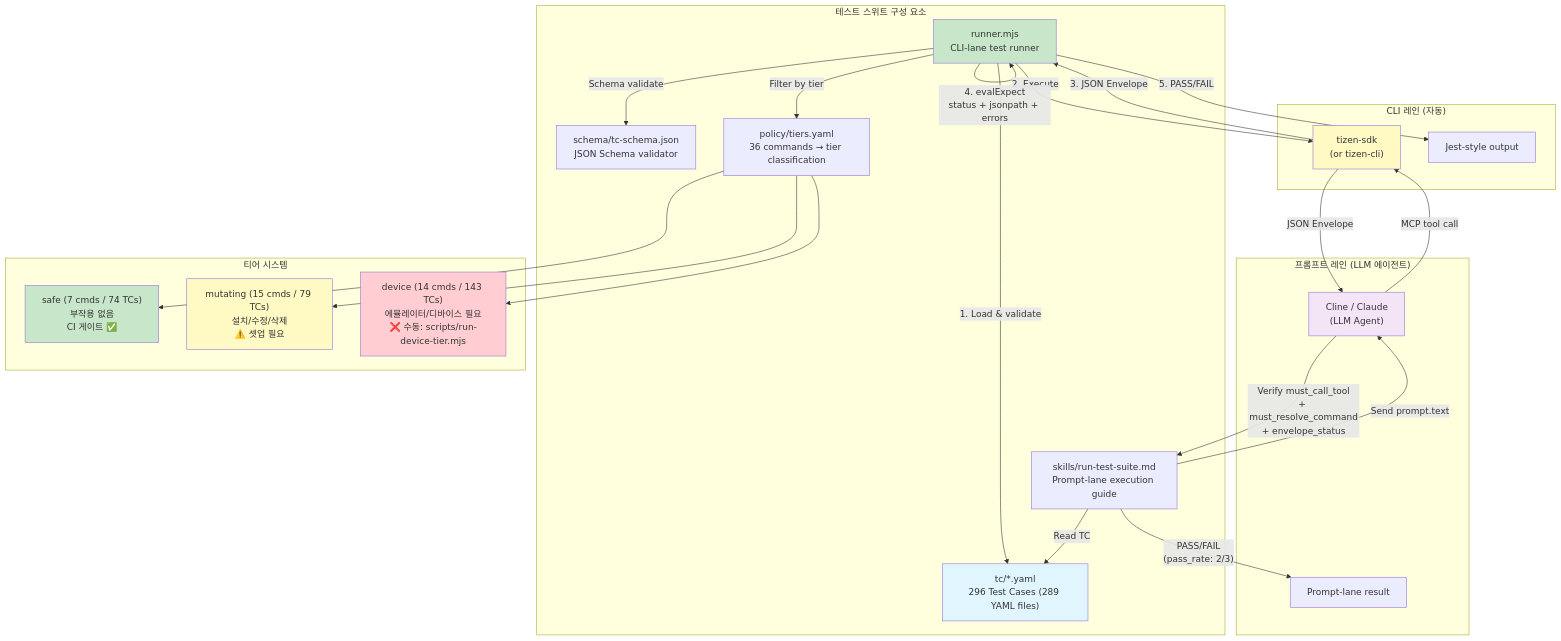
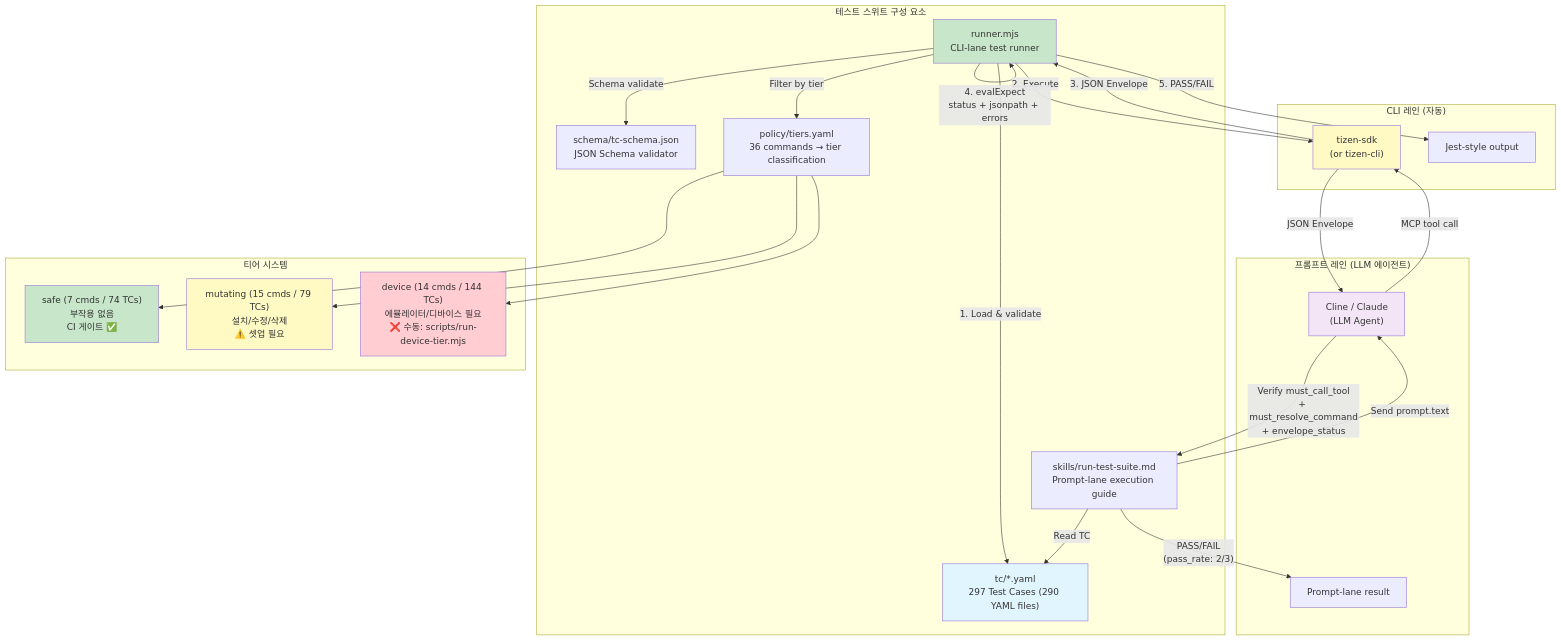
Before and after one commit to Samsung/tizen-agent-skills: the first of 4 diagrams in tizen-sdk-skills/tests/README.ko.md, drawn with Mermaid. The commit also changed other lines of this file and 9 other files, not shown here.

First line of the commit message:
test(tizen-sdk-skills): add a device-manager --action list TC and trim the state list

````diff
--- a/tizen-sdk-skills/tests/README.ko.md
+++ b/tizen-sdk-skills/tests/README.ko.md
@@ -11,46 +11,46 @@
 ```mermaid
 graph TB
     subgraph "테스트 스위트 구성 요소"
-        TC["tc/*.yaml<br/>296 Test Cases (289 YAML files)"]
+        TC["tc/*.yaml<br/>297 Test Cases (290 YAML files)"]
         SCHEMA["schema/tc-schema.json<br/>JSON Schema validator"]
         POLICY["policy/tiers.yaml<br/>36 commands → tier classification"]
         RUNNER["runner.mjs<br/>CLI-lane test runner"]
         SKILLS["skills/run-test-suite.md<br/>Prompt-lane execution guide"]
     end
 
     subgraph "CLI 레인 (자동)"
         RUNNER -->|"1. Load & validate"| TC
         RUNNER -->|"Schema validate"| SCHEMA
         RUNNER -->|"Filter by tier"| POLICY
         RUNNER -->|"2. Execute"| PLUGIN["tizen-sdk<br/>(or tizen-cli)"]
         PLUGIN -->|"3. JSON Envelope"| RUNNER
         RUNNER -->|"4. evalExpect<br/>status + jsonpath + errors"| RUNNER
         RUNNER -->|"5. PASS/FAIL"| RESULT["Jest-style output"]
     end
 
     subgraph "프롬프트 레인 (LLM 에이전트)"
         SKILLS -->|"Read TC"| TC
         SKILLS -->|"Send prompt.text"| LLM["Cline / Claude<br/>(LLM Agent)"]
         LLM -->|"MCP tool call"| PLUGIN
         PLUGIN -->|"JSON Envelope"| LLM
         LLM -->|"Verify must_call_tool<br/>+ must_resolve_command<br/>+ envelope_status"| SKILLS
         SKILLS -->|"PASS/FAIL<br/>(pass_rate: 2/3)"| RESULT2["Prompt-lane result"]
     end
 
     subgraph "티어 시스템"
         SAFE["safe (7 cmds / 74 TCs)<br/>부작용 없음<br/>CI 게이트 ✅"]
         MUTATING["mutating (15 cmds / 79 TCs)<br/>설치/수정/삭제<br/>⚠️ 셋업 필요"]
-        DEVICE["device (14 cmds / 143 TCs)<br/>에뮬레이터/디바이스 필요<br/>❌ 수동: scripts/run-device-tier.mjs"]
+        DEVICE["device (14 cmds / 144 TCs)<br/>에뮬레이터/디바이스 필요<br/>❌ 수동: scripts/run-device-tier.mjs"]
         POLICY --> SAFE
         POLICY --> MUTATING
         POLICY --> DEVICE
     end
 
     style TC fill:#e1f5fe
     style RUNNER fill:#c8e6c9
     style PLUGIN fill:#fff9c4
     style LLM fill:#f3e5f5
     style SAFE fill:#c8e6c9
     style MUTATING fill:#fff9c4
     style DEVICE fill:#ffcdd2
 ```
````
